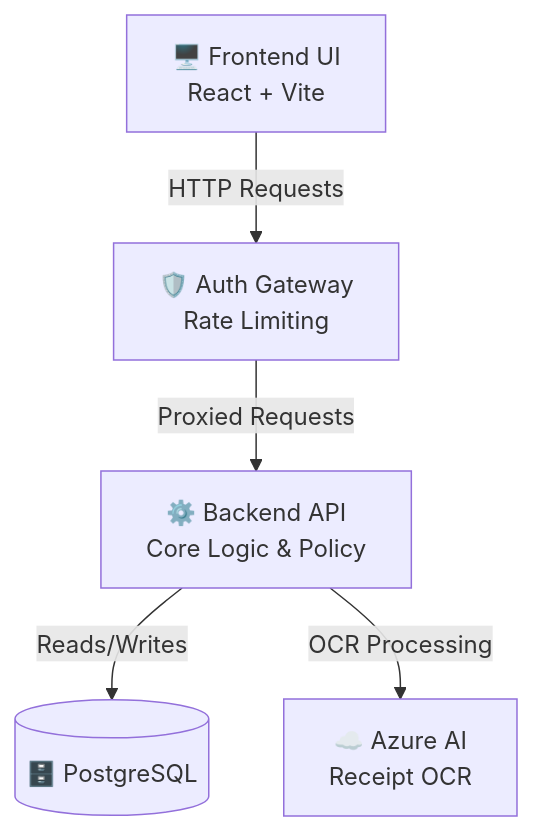
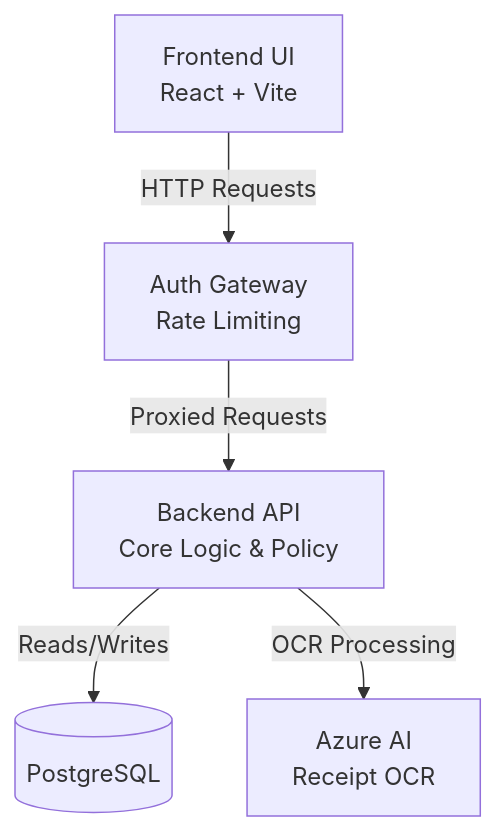
Before and after one commit to thiozhaosheng/ClaimFlow: the first of 3 diagrams in README.md, drawn with Mermaid. The commit also changed other lines of this file, not shown here.

````diff
--- a/README.md
+++ b/README.md
@@ -22,13 +22,13 @@
 ```mermaid
 graph TD
-    UI[🖥️ Frontend UI<br/>React + Vite]
-    Gateway[🛡️ Auth Gateway<br/>Rate Limiting]
-    API[⚙️ Backend API<br/>Core Logic & Policy]
-    DB[(🗄️ PostgreSQL)]
-    Azure[☁️ Azure AI<br/>Receipt OCR]
+    UI[Frontend UI<br/>React + Vite]
+    Gateway[Auth Gateway<br/>Rate Limiting]
+    API[Backend API<br/>Core Logic & Policy]
+    DB[(PostgreSQL)]
+    Azure[Azure AI<br/>Receipt OCR]
 
     UI -- HTTP Requests --> Gateway
     Gateway -- Proxied Requests --> API
     API -- Reads/Writes --> DB
     API -- OCR Processing --> Azure
 ```
````
